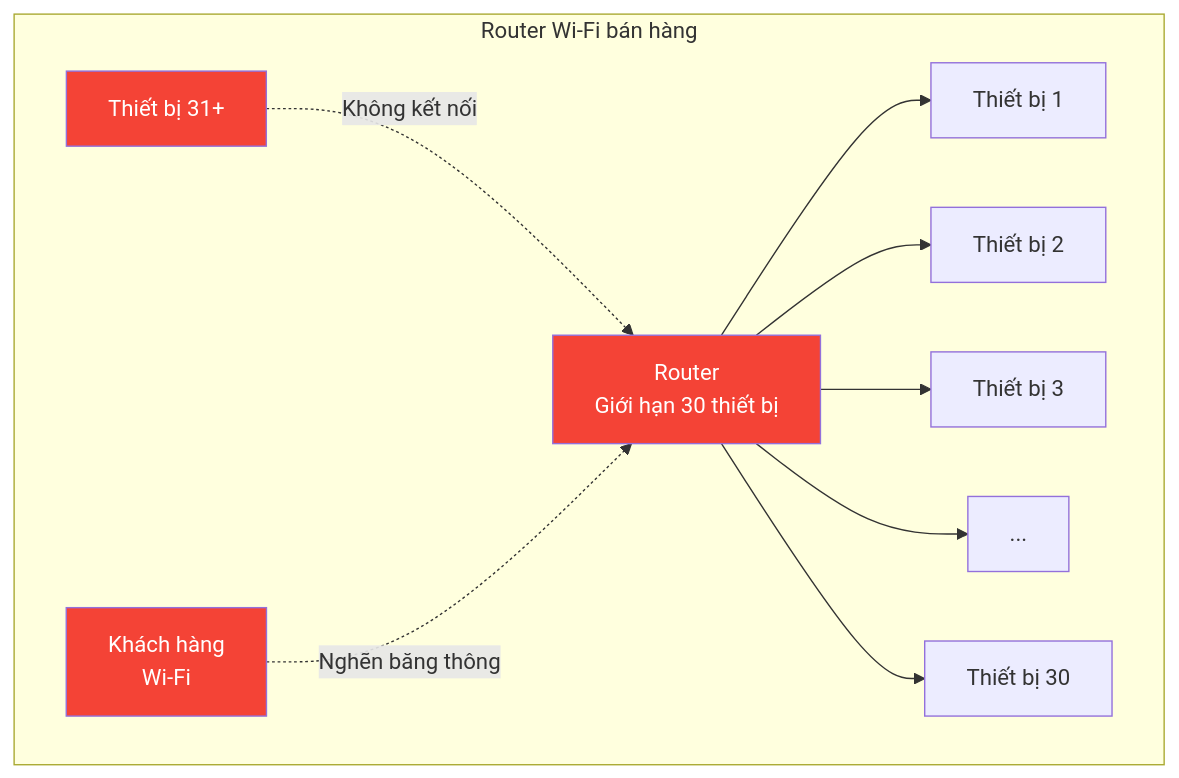
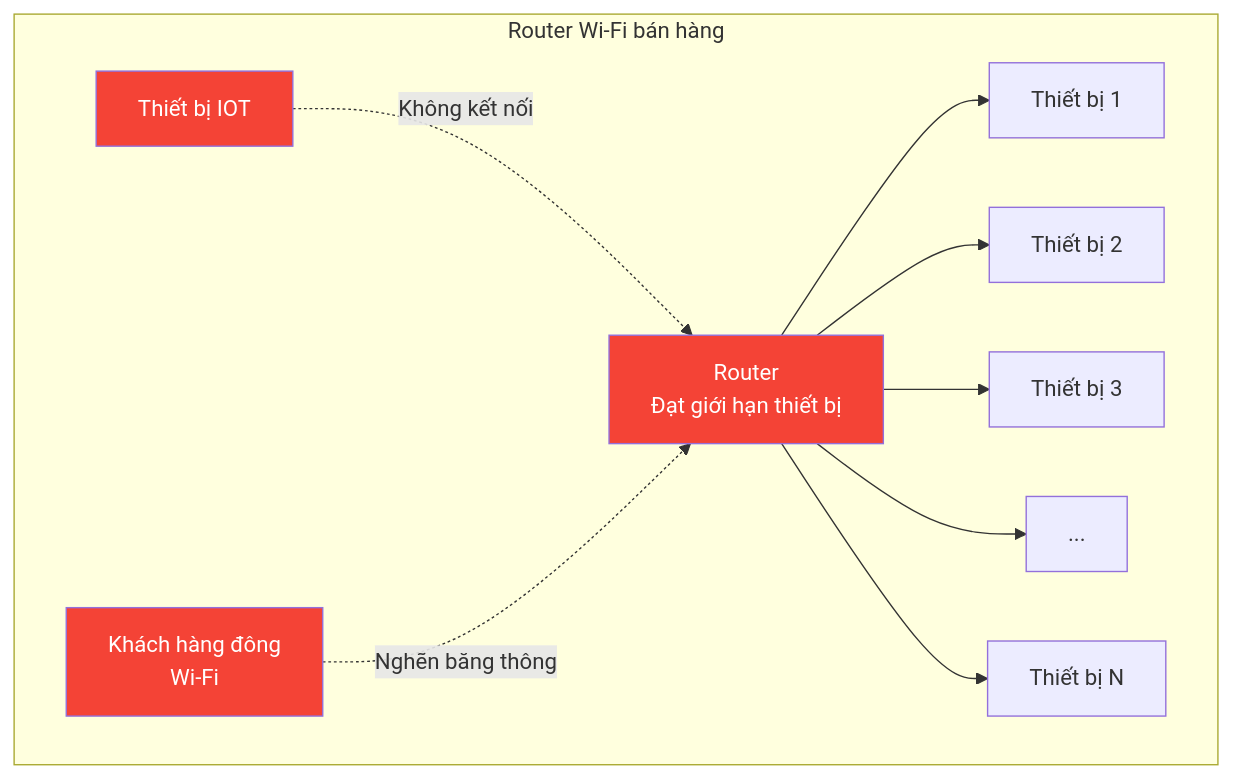
Before and after one commit to huongvn/HLCFEOS: the first of 3 diagrams in slides/05-zigbee.md, drawn with Mermaid. The commit also changed other lines of this file and 4 other files, not shown here.

````diff
--- a/slides/05-zigbee.md
+++ b/slides/05-zigbee.md
@@ -11,16 +9,16 @@
 ```mermaid
 graph TB
     subgraph "Router Wi-Fi bán hàng"
-        A[Router<br/>Giới hạn 30 thiết bị] --> B[Thiết bị 1]
+        A[Router<br/>Đạt giới hạn thiết bị] --> B[Thiết bị 1]
         A --> C[Thiết bị 2]
         A --> D[Thiết bị 3]
         A --> E[...]
-        A --> F[Thiết bị 30]
-        G[Thiết bị 31+] -. Không kết nối .-> A
-        H[Khách hàng<br/>Wi-Fi] -. Nghẽn băng thông .-> A
+        A --> F[Thiết bị N]
+        G[Thiết bị IOT] -. Không kết nối .-> A
+        H[Khách hàng đông<br/>Wi-Fi] -. Nghẽn băng thông .-> A
     end
     
     style A fill:#f44336,color:#fff
     style G fill:#f44336,color:#fff
     style H fill:#f44336,color:#fff
 ```
````
